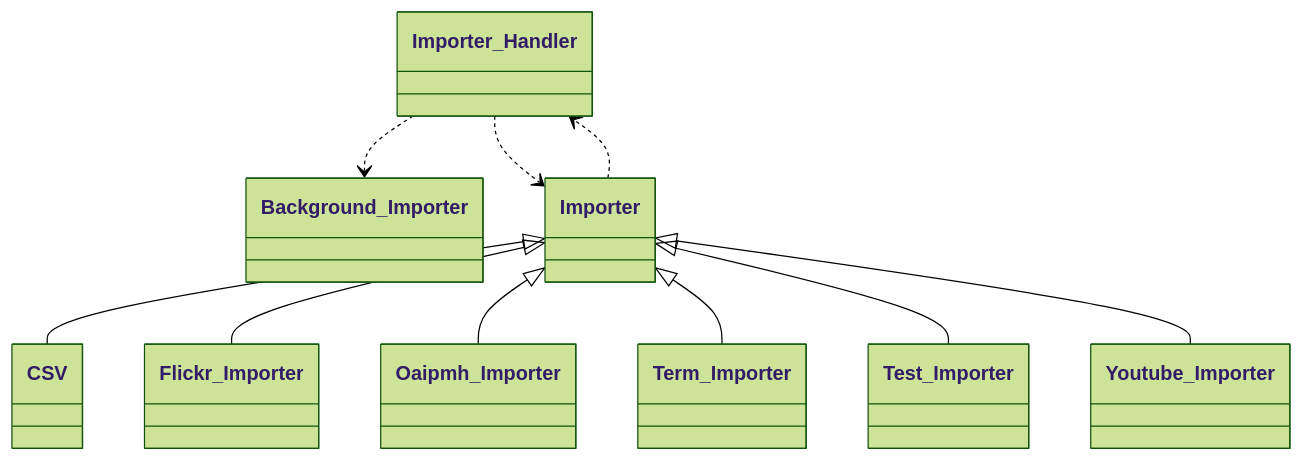
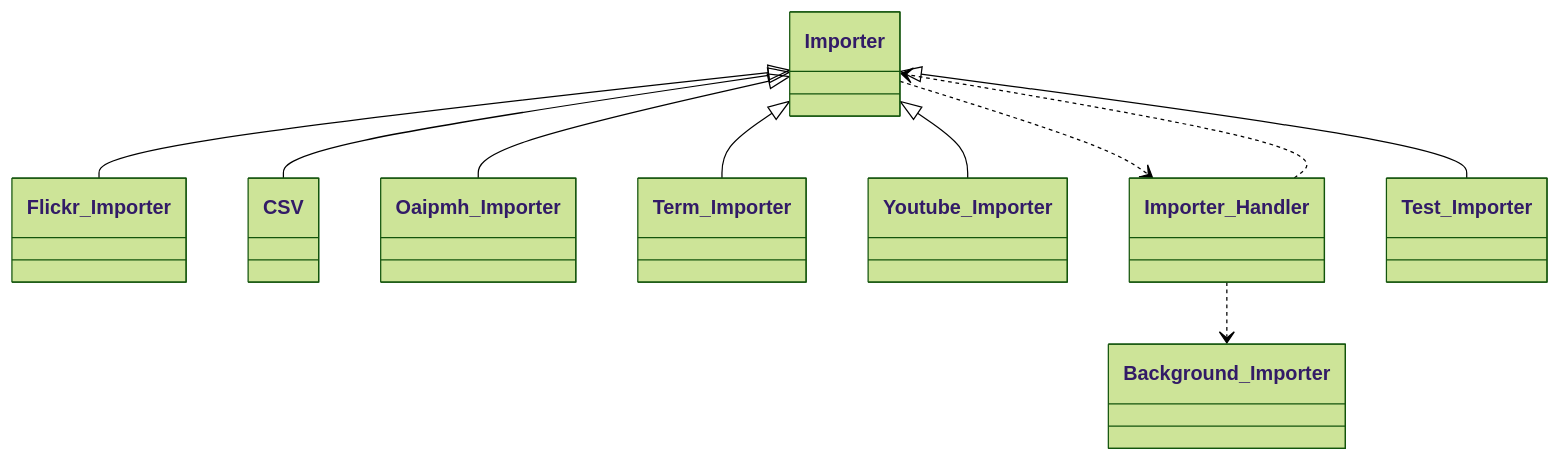
One commit to tainacan/tainacan changed the eighth of 13 diagrams in docs/phpdoc/Home.md. Above: the diagram before and after it, drawn with Mermaid (forest theme). The commit also changed other lines of this file and 98 other files, not shown here.

````diff
--- a/docs/phpdoc/Home.md
+++ b/docs/phpdoc/Home.md
@@ -557,22 +551,22 @@
 ```mermaid
 classDiagram
     direction TB
     class Flickr_Importer { }
     class CSV { }
     class Background_Importer { }
-    class Youtube_Importer { }
-    class Importer_Handler { }
     class Oaipmh_Importer { }
     class Importer { }
     class Term_Importer { }
+    class Youtube_Importer { }
+    class Importer_Handler { }
     class Test_Importer { }
     Importer ..> Importer_Handler
     Importer <|-- CSV
     Importer <|-- Flickr_Importer
     Importer <|-- Oaipmh_Importer
     Importer <|-- Term_Importer
     Importer <|-- Test_Importer
     Importer <|-- Youtube_Importer
     Importer_Handler ..> Background_Importer
     Importer_Handler ..> Importer
 ```
````
